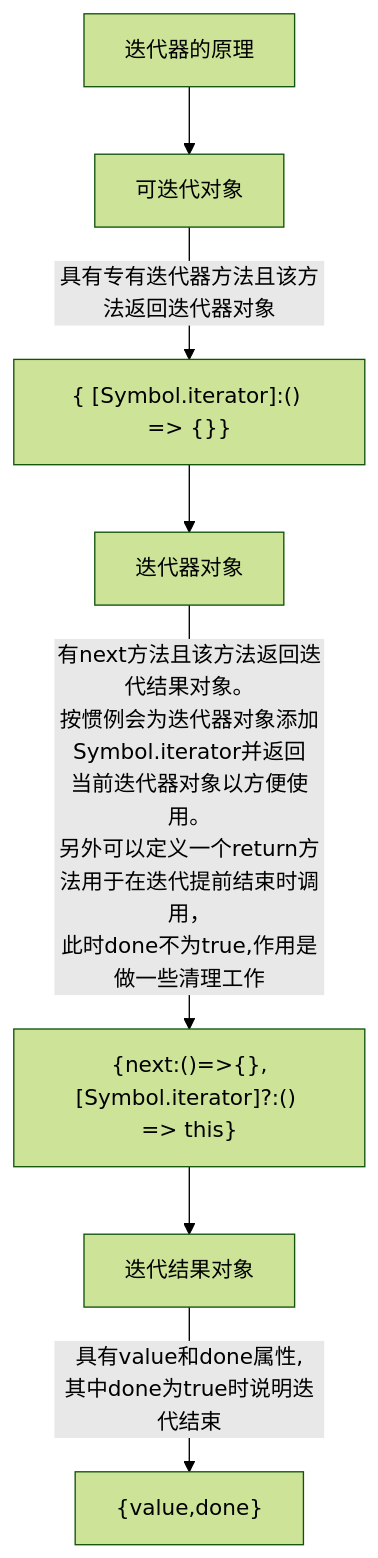
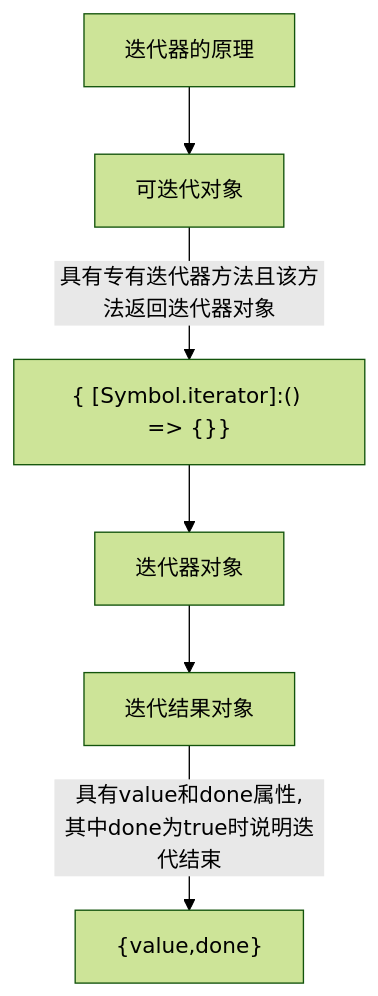
The diagram in 12/12-1/README.md (dxyqqs/javascript-the_definitive_guide), drawn with Mermaid (forest theme) before and after one commit.

Commit message:
fixed the mermaid issue

````diff
--- a/12/12-1/README.md
+++ b/12/12-1/README.md
@@ -3,10 +3,9 @@
 ```mermaid
     graph TD
         A[迭代器的原理] --> 
         B["可迭代对象"] --> 
         |具有专有迭代器方法且该方法返回迭代器对象|C["{ [Symbol.iterator]:() => {}}"] -->
         D["迭代器对象"] -->
-        |有next方法且该方法返回迭代结果对象。\n按惯例会为迭代器对象添加Symbol.iterator并返回\n当前迭代器对象以方便使用。\n另外可以定义一个return方法用于在迭代提前结束时调用，\n此时done不为true,作用是做一些清理工作|E["{next:()=>{},[Symbol.iterator]?:() => this}"] -->
         F["迭代结果对象"] --> 
         |具有value和done属性,\n其中done为true时说明迭代结束|G["{value,done}"];
 ```
````
